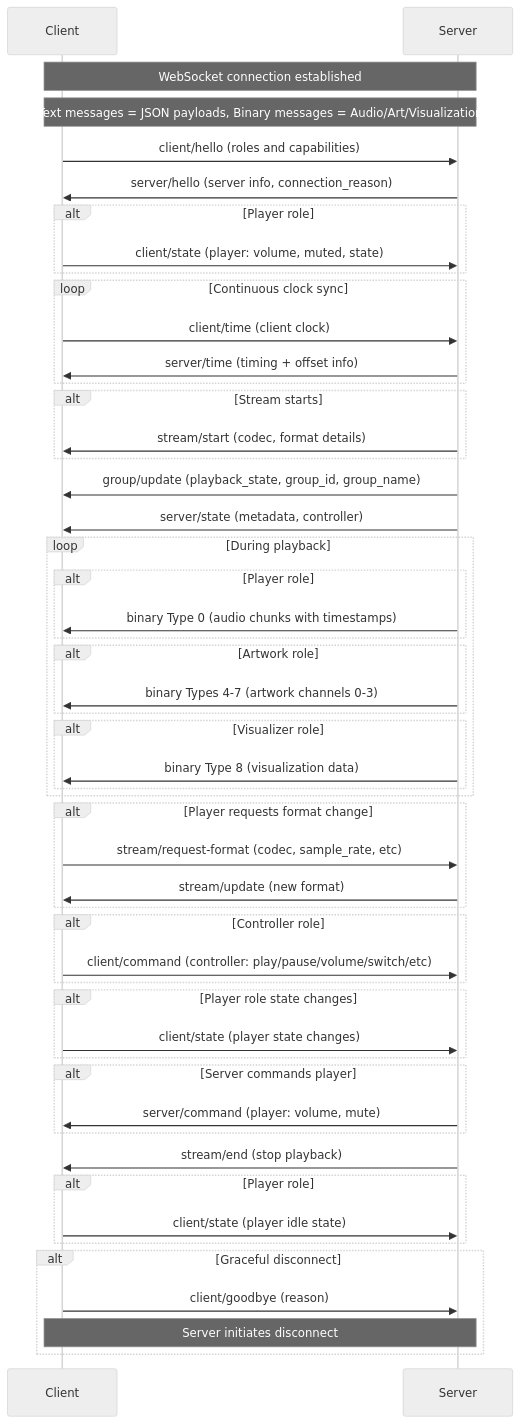
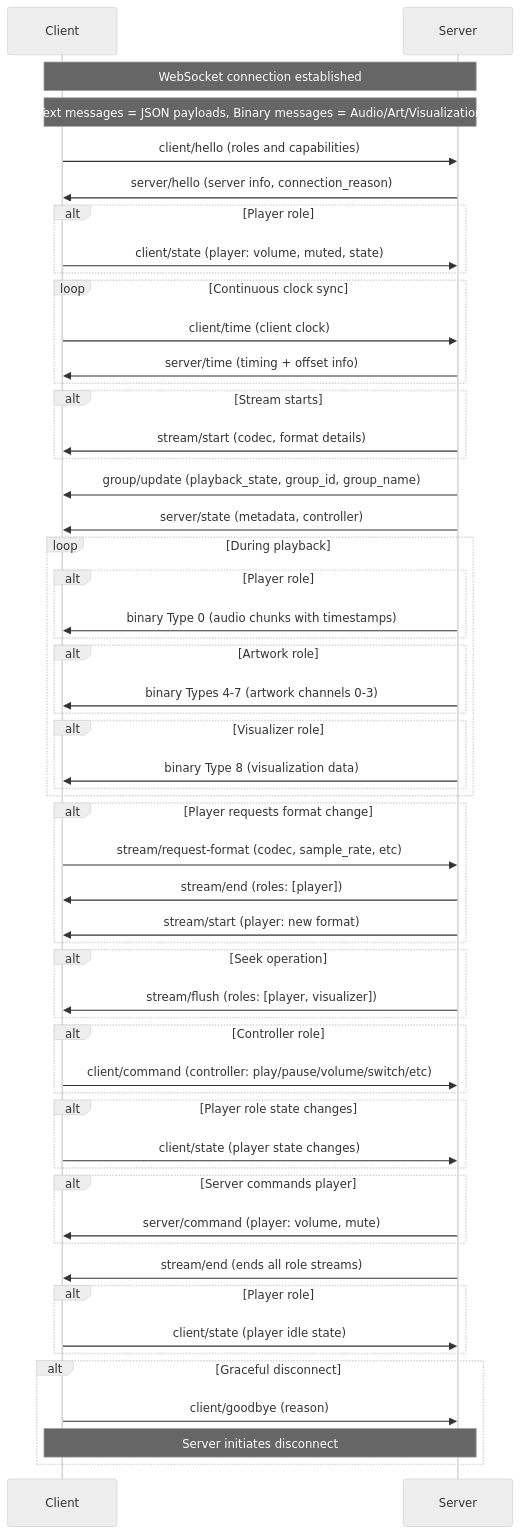
Before and after one commit to Resonate-Protocol/spec: the diagram in README.md, drawn with Mermaid (neutral theme). The commit also changed other lines of this file, not shown here.

First line of the commit message:
Introduce role-specific stream lifecycles

````diff
--- a/README.md
+++ b/README.md
@@ -147,67 +147,72 @@
 ```mermaid
 sequenceDiagram
     participant Client
     participant Server
 
     Note over Client,Server: WebSocket connection established
 
     Note over Client,Server: Text messages = JSON payloads, Binary messages = Audio/Art/Visualization
 
     Client->>Server: client/hello (roles and capabilities)
     Server->>Client: server/hello (server info, connection_reason)
 
     alt Player role
         Client->>Server: client/state (player: volume, muted, state)
     end
 
     loop Continuous clock sync
         Client->>Server: client/time (client clock)
         Server->>Client: server/time (timing + offset info)
     end
 
     alt Stream starts
         Server->>Client: stream/start (codec, format details)
     end
 
     Server->>Client: group/update (playback_state, group_id, group_name)
     Server->>Client: server/state (metadata, controller)
 
     loop During playback
         alt Player role
             Server->>Client: binary Type 0 (audio chunks with timestamps)
         end
         alt Artwork role
             Server->>Client: binary Types 4-7 (artwork channels 0-3)
         end
         alt Visualizer role
             Server->>Client: binary Type 8 (visualization data)
         end
     end
 
     alt Player requests format change
         Client->>Server: stream/request-format (codec, sample_rate, etc)
-        Server->>Client: stream/update (new format)
+        Server->>Client: stream/end (roles: [player])
+        Server->>Client: stream/start (player: new format)
+    end
+
+    alt Seek operation
+        Server->>Client: stream/flush (roles: [player, visualizer])
     end
 
     alt Controller role
         Client->>Server: client/command (controller: play/pause/volume/switch/etc)
     end
 
     alt Player role state changes
         Client->>Server: client/state (player state changes)
     end
 
     alt Server commands player
         Server->>Client: server/command (player: volume, mute)
     end
 
-    Server->>Client: stream/end (stop playback)
+    Server->>Client: stream/end (ends all role streams)
     alt Player role
         Client->>Server: client/state (player idle state)
     end
 
     alt Graceful disconnect
         Client->>Server: client/goodbye (reason)
         Note over Client,Server: Server initiates disconnect
     end
 ```
````
